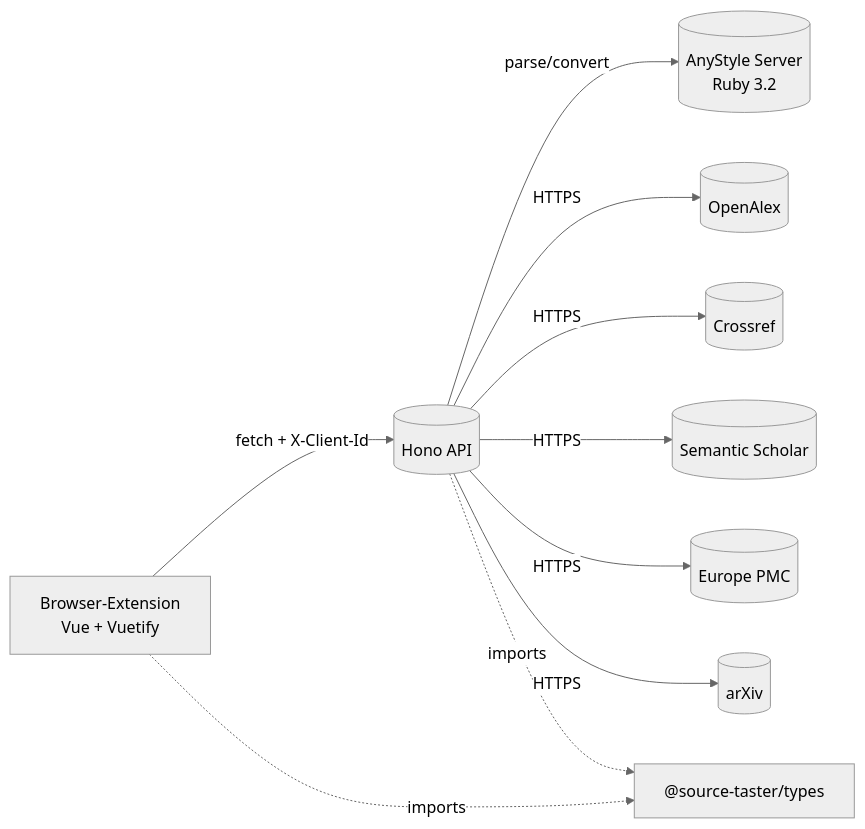
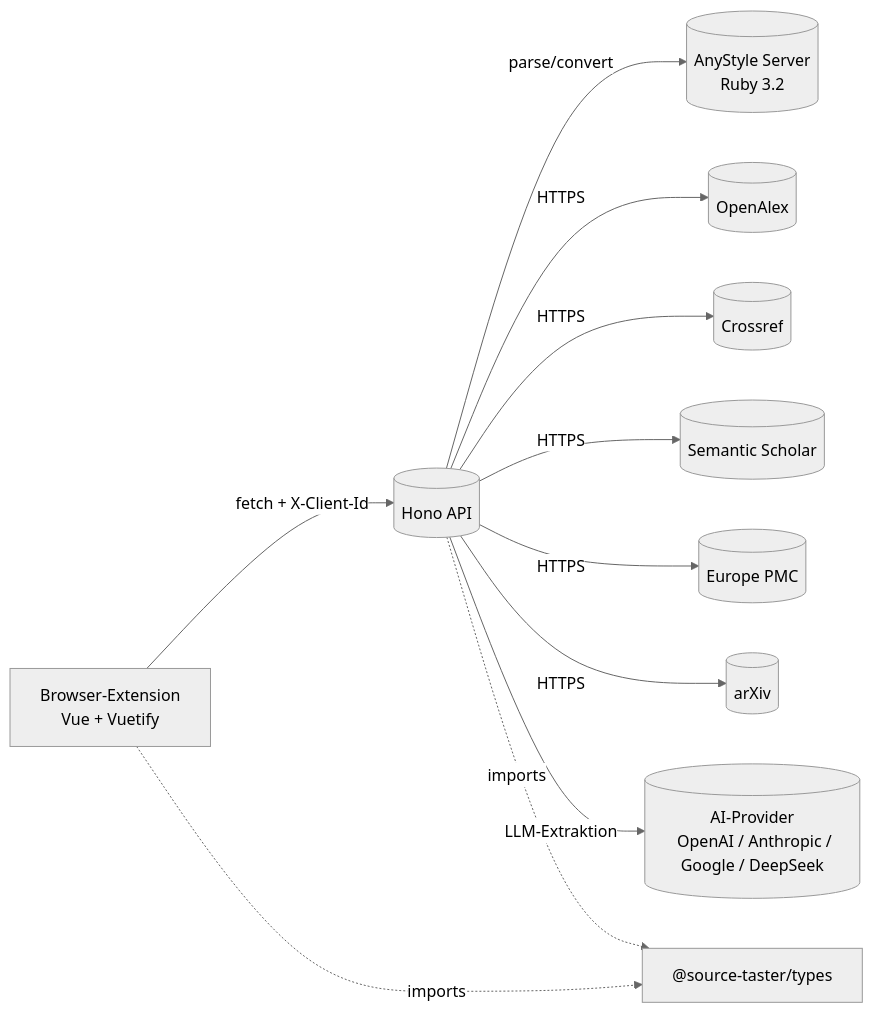
Before and after one commit to jeffnawroth/source-taster: the first of 2 diagrams in apps/docs/de/architecture.md, drawn with Mermaid (neutral theme). The commit also changed other lines of this file and 2 other files, not shown here.

Commit message:
fix: update architecture diagrams to include LLM extraction and AI providers

````diff
--- a/apps/docs/de/architecture.md
+++ b/apps/docs/de/architecture.md
@@ -16,15 +16,17 @@
 ```mermaid
 flowchart LR
   Extension[Browser-Extension
   Vue + Vuetify] -->|fetch + X-Client-Id| API[(Hono API)]
   API -->|parse/convert| AnyStyle[(AnyStyle Server
   Ruby 3.2)]
   API -->|HTTPS| OpenAlex[(OpenAlex)]
   API -->|HTTPS| Crossref[(Crossref)]
   API -->|HTTPS| Semantic[(Semantic Scholar)]
   API -->|HTTPS| Europe[(Europe PMC)]
   API -->|HTTPS| Arxiv[(arXiv)]
+  API -->|LLM-Extraktion| AIProviders[(AI-Provider
+  OpenAI / Anthropic / Google / DeepSeek)]
   TypesNode["@source-taster/types"]
   Extension -. imports .-> TypesNode
   API -. imports .-> TypesNode
 ```
````
